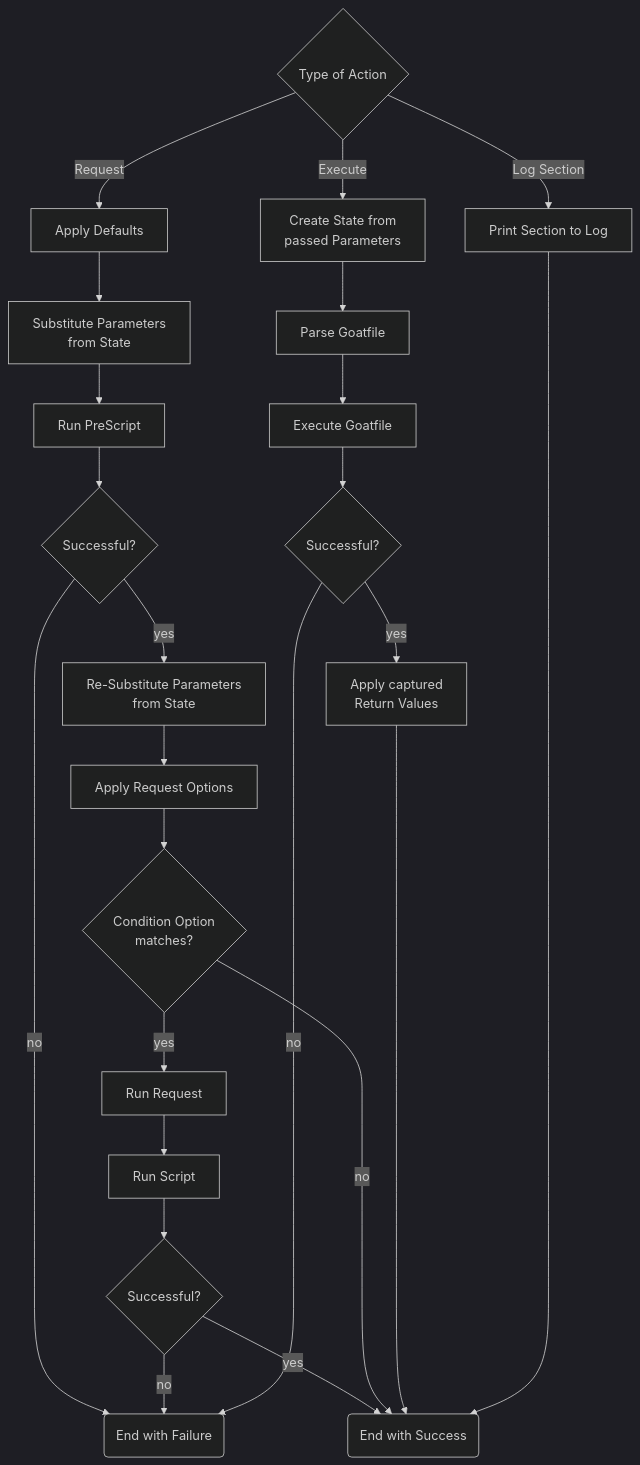
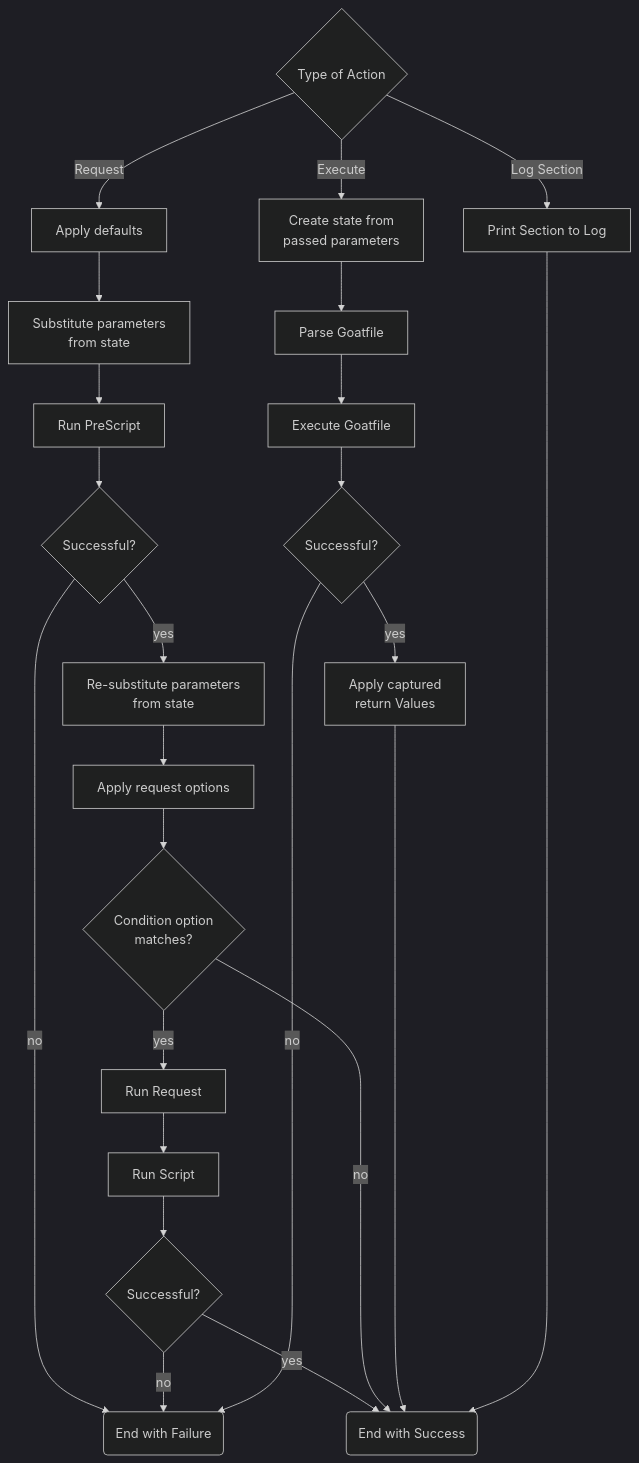
Before and after one commit to studio-b12/goat: the second of 2 diagrams in docs/book/src/explanations/lifecycle.md, drawn with Mermaid. The commit also changed other lines of this file and 25 other files, not shown here.

````diff
--- a/docs/book/src/explanations/lifecycle.md
+++ b/docs/book/src/explanations/lifecycle.md
@@ -69,66 +69,66 @@
 ```mermaid
 %%{init: {'theme':'dark'}}%%
 flowchart TD
   type{Type of Action}
 
   exit_with_failure(End with Failure)
   exit_with_success(End with Success)
 
   %% --- Request Type -----------------------------------------------
 
-  apply_defaults[Apply Defaults]
-  pre_substitute[Substitute Parameters\nfrom State]
+  apply_defaults[Apply defaults]
+  pre_substitute[Substitute parameters\nfrom state]
   run_prescript[Run PreScript]
   prescript_success{Successful?}
-  substitute[Re-Substitute Parameters\nfrom State]
-  apply_options[Apply Request Options]
-  condition_option{Condition Option\nmatches?}
+  substitute[Re-substitute parameters\nfrom state]
+  apply_options[Apply request options]
+  condition_option{Condition option\nmatches?}
   run_request[Run Request]
   run_script[Run Script]
   script_success{Successful?}
 
   type 
     -- Request --> apply_defaults
     --> pre_substitute
     --> run_prescript
     --> prescript_success -- no --> exit_with_failure
   
   prescript_success 
     -- yes --> substitute
     --> apply_options
   
   condition_option
     -- yes --> run_request
     --> run_script
     --> script_success -- no --> exit_with_failure
 
   script_success -- yes --> exit_with_success
 
   apply_options --> condition_option -- no --> exit_with_success
 
   %% --- Execute Type -----------------------------------------------
 
-  create_state_from_params[Create State from\npassed Parameters]
+  create_state_from_params[Create state from\npassed parameters]
   parse_goatfile[Parse Goatfile]
   execute_goatfile[Execute Goatfile]
   execute_success{Successful?}
-  apply_captured[Apply captured\nReturn Values]
+  apply_captured[Apply captured\nreturn Values]
 
   type
     -- Execute --> create_state_from_params
     --> parse_goatfile
     --> execute_goatfile
     --> execute_success -- no --> exit_with_failure
 
   execute_success
     -- yes --> apply_captured
     -------> exit_with_success
     
   %% --- Log Section Type -----------------------------------------------
 
   print_logsection[Print Section to Log]
 
   type
     -- Log Section --> print_logsection 
     -----------> exit_with_success
 ```
````
